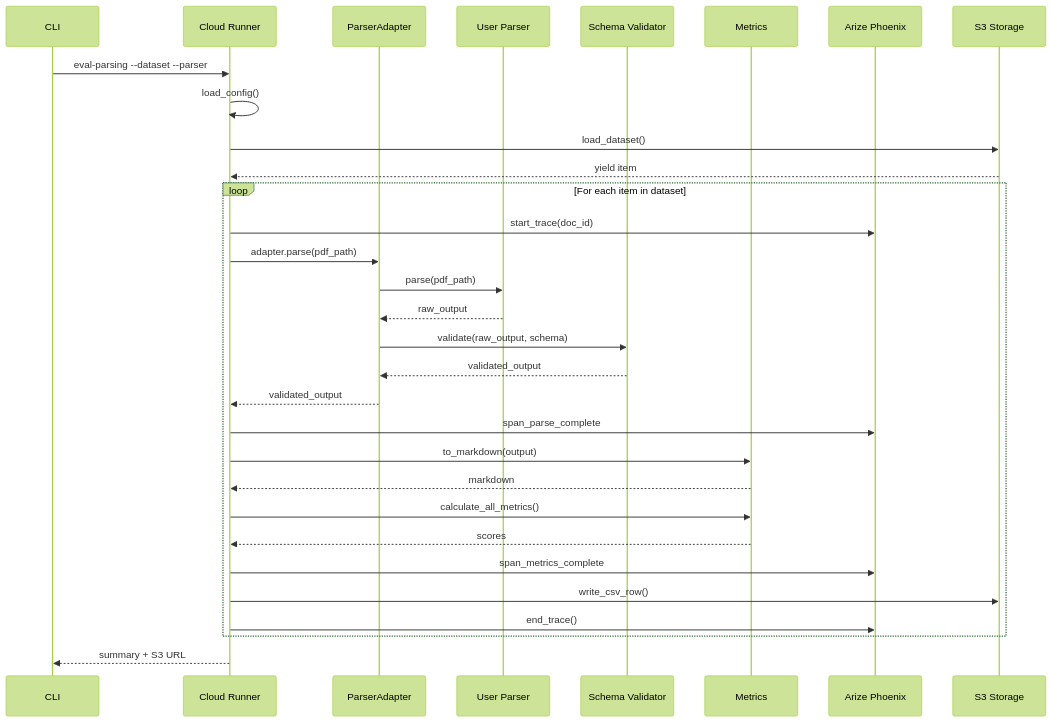
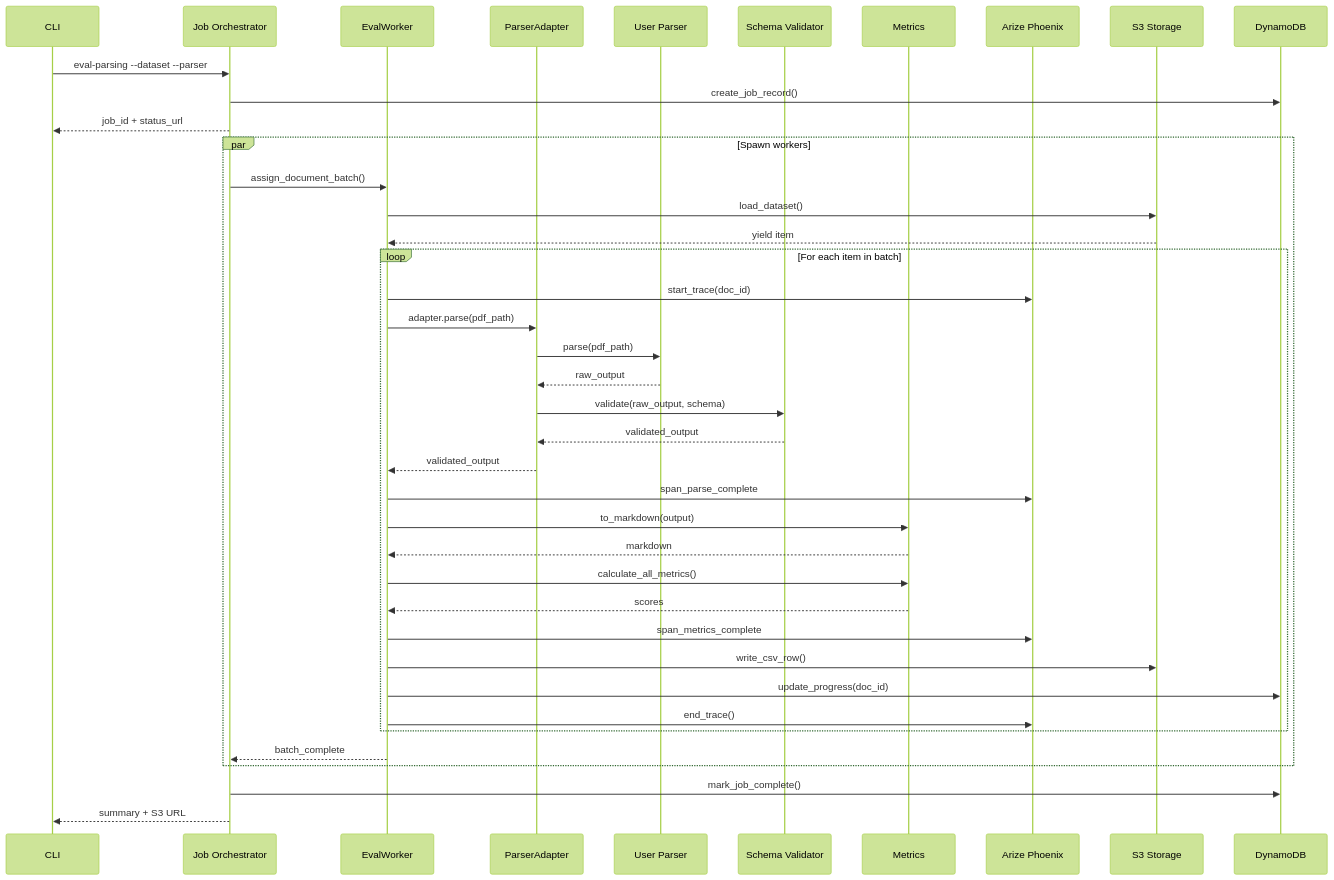
The first of 6 diagrams in docs/design/002-data-flow-detailed.md (anguyenbus/eval-harness), drawn with Mermaid (forest theme) before and after one commit. The commit also changed other lines of this file and 4 other files, not shown here.

````diff
--- a/docs/design/002-data-flow-detailed.md
+++ b/docs/design/002-data-flow-detailed.md
@@ -11,39 +7,50 @@
 ```mermaid
 sequenceDiagram
     participant CLI as CLI
-    participant Runner as Cloud Runner
+    participant Orch as Job Orchestrator
+    participant Worker as EvalWorker
     participant Adapter as ParserAdapter
     participant Parser as User Parser
     participant Validator as Schema Validator
     participant Metrics as Metrics
     participant Phoenix as Arize Phoenix
     participant S3 as S3 Storage
+    participant DB as DynamoDB
 
-    CLI->>Runner: eval-parsing --dataset --parser
-    Runner->>Runner: load_config()
-    Runner->>S3: load_dataset()
-    S3-->>Runner: yield item
+    CLI->>Orch: eval-parsing --dataset --parser
+    Orch->>DB: create_job_record()
+    Orch-->>CLI: job_id + status_url
 
-    loop For each item in dataset
-        Runner->>Phoenix: start_trace(doc_id)
-        Runner->>Adapter: adapter.parse(pdf_path)
-        Adapter->>Parser: parse(pdf_path)
-        Parser-->>Adapter: raw_output
-        Adapter->>Validator: validate(raw_output, schema)
-        Validator-->>Adapter: validated_output
-        Adapter-->>Runner: validated_output
+    par Spawn workers
+        Orch->>Worker: assign_document_batch()
+        Worker->>S3: load_dataset()
+        S3-->>Worker: yield item
 
-        Runner->>Phoenix: span_parse_complete
-        Runner->>Metrics: to_markdown(output)
-        Metrics-->>Runner: markdown
+        loop For each item in batch
+            Worker->>Phoenix: start_trace(doc_id)
+            Worker->>Adapter: adapter.parse(pdf_path)
+            Adapter->>Parser: parse(pdf_path)
+            Parser-->>Adapter: raw_output
+            Adapter->>Validator: validate(raw_output, schema)
+            Validator-->>Adapter: validated_output
+            Adapter-->>Worker: validated_output
 
-        Runner->>Metrics: calculate_all_metrics()
-        Metrics-->>Runner: scores
+            Worker->>Phoenix: span_parse_complete
+            Worker->>Metrics: to_markdown(output)
+            Metrics-->>Worker: markdown
 
-        Runner->>Phoenix: span_metrics_complete
-        Runner->>S3: write_csv_row()
-        Runner->>Phoenix: end_trace()
+            Worker->>Metrics: calculate_all_metrics()
+            Metrics-->>Worker: scores
+
+            Worker->>Phoenix: span_metrics_complete
+            Worker->>S3: write_csv_row()
+            Worker->>DB: update_progress(doc_id)
+            Worker->>Phoenix: end_trace()
+        end
+
+        Worker-->>Orch: batch_complete
     end
 
-    Runner-->>CLI: summary + S3 URL
+    Orch->>DB: mark_job_complete()
+    Orch-->>CLI: summary + S3 URL
 ```
````
